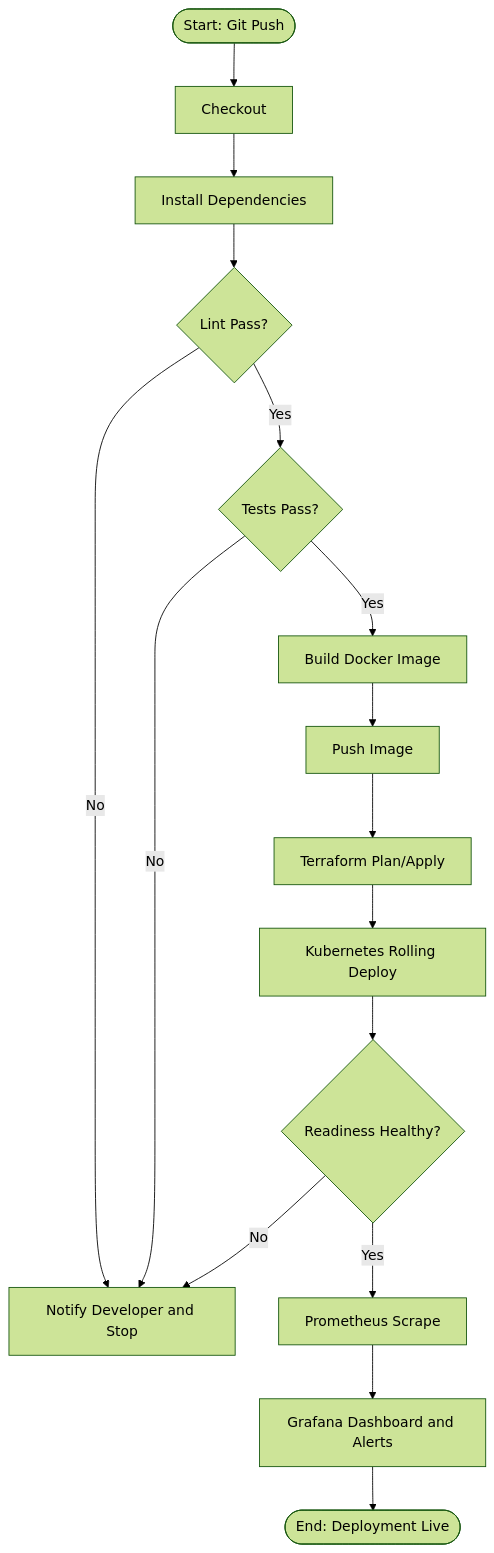
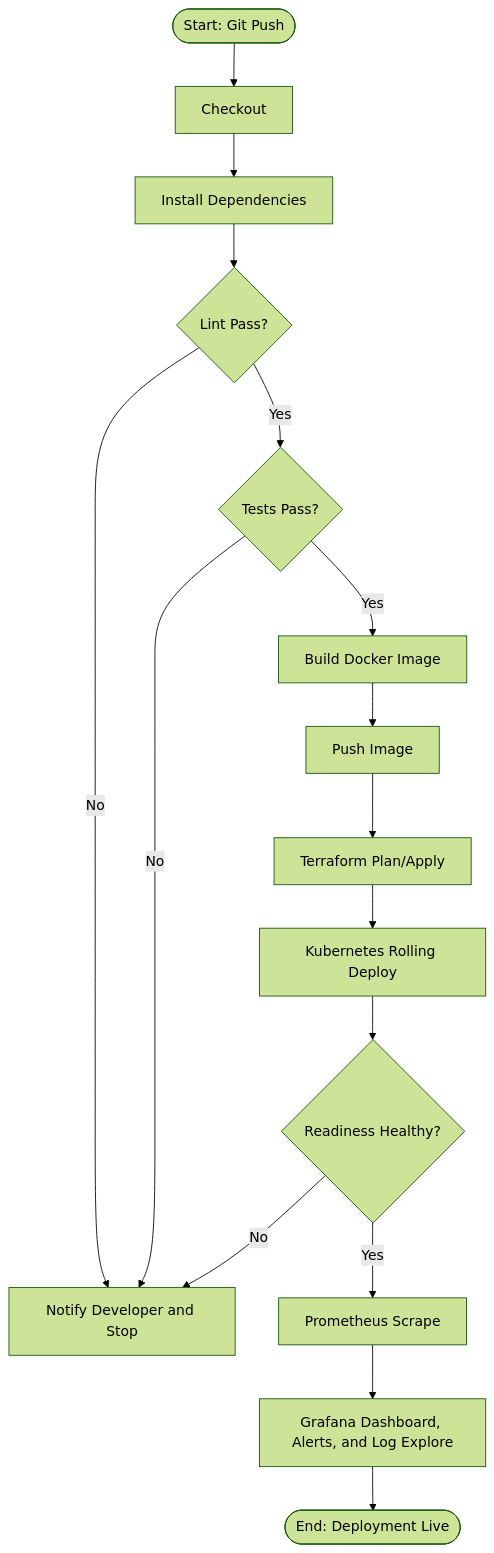
The third of 3 diagrams in docs/devops-architecture.md (harshchauhan01/SlugTerraAPI), drawn with Mermaid (forest theme) before and after one commit. The commit also changed other lines of this file and 3 other files, not shown here.

````diff
--- a/docs/devops-architecture.md
+++ b/docs/devops-architecture.md
@@ -40,18 +40,18 @@
 ```mermaid
 flowchart TD
     A([Start: Git Push]) --> B[Checkout]
     B --> C[Install Dependencies]
     C --> D{Lint Pass?}
     D -- No --> X[Notify Developer and Stop]
     D -- Yes --> E{Tests Pass?}
     E -- No --> X
     E -- Yes --> F[Build Docker Image]
     F --> G[Push Image]
     G --> H[Terraform Plan/Apply]
     H --> I[Kubernetes Rolling Deploy]
     I --> J{Readiness Healthy?}
     J -- No --> X
     J -- Yes --> K[Prometheus Scrape]
-    K --> L[Grafana Dashboard and Alerts]
+    K --> L[Grafana Dashboard, Alerts, and Log Explore]
     L --> M([End: Deployment Live])
 ```
````
